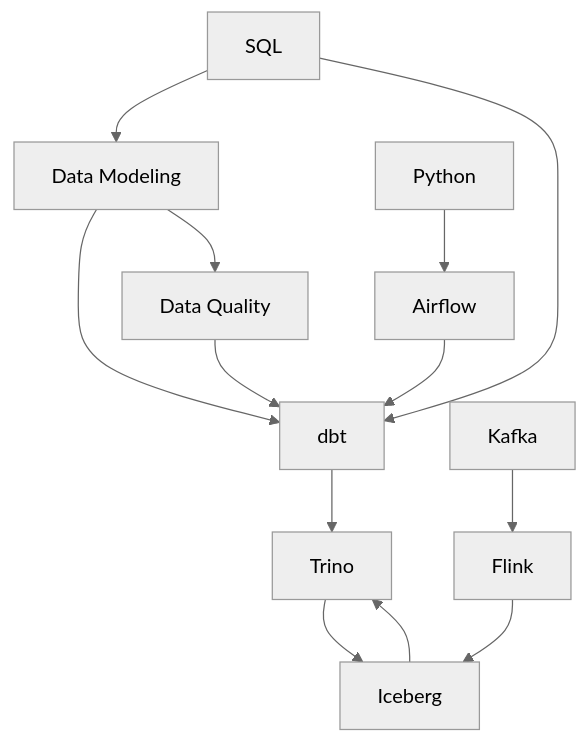
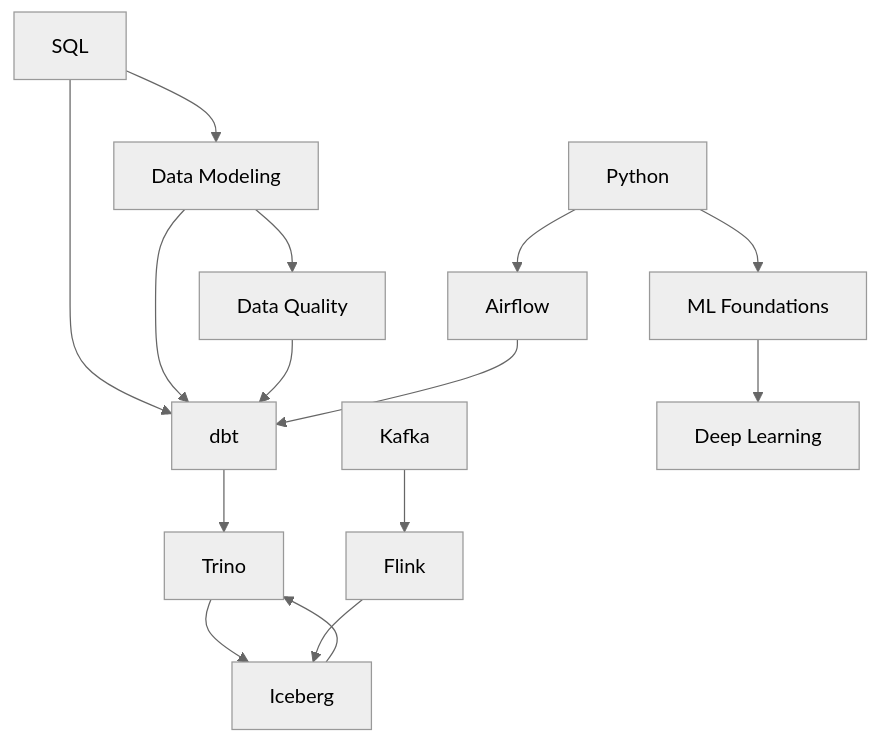
Before and after one commit to vuhoang001/knowledge: the diagram in README.md, drawn with Mermaid (neutral theme). The commit also changed other lines of this file and 11 other files, not shown here.

````diff
--- a/README.md
+++ b/README.md
@@ -43,19 +43,21 @@
 ```mermaid
 graph TD
   SQL[SQL] --> DM[Data Modeling]
   SQL --> DBT[dbt]
   DM --> DBT
   DM --> DQ[Data Quality]
   DQ --> DBT
   DBT --> TRINO[Trino]
   TRINO --> ICE[Iceberg]
   KAFKA[Kafka] --> FLINK[Flink]
   FLINK --> ICE
   ICE --> TRINO
   PY[Python] --> AF[Airflow]
   AF --> DBT
+  PY --> MLF[ML Foundations]
+  MLF --> MLD[Deep Learning]
 
   click DM "docs/data-modeling/"
   click DQ "docs/data-quality/"
   click DBT "docs/etl/dbt/"
 ```
````
